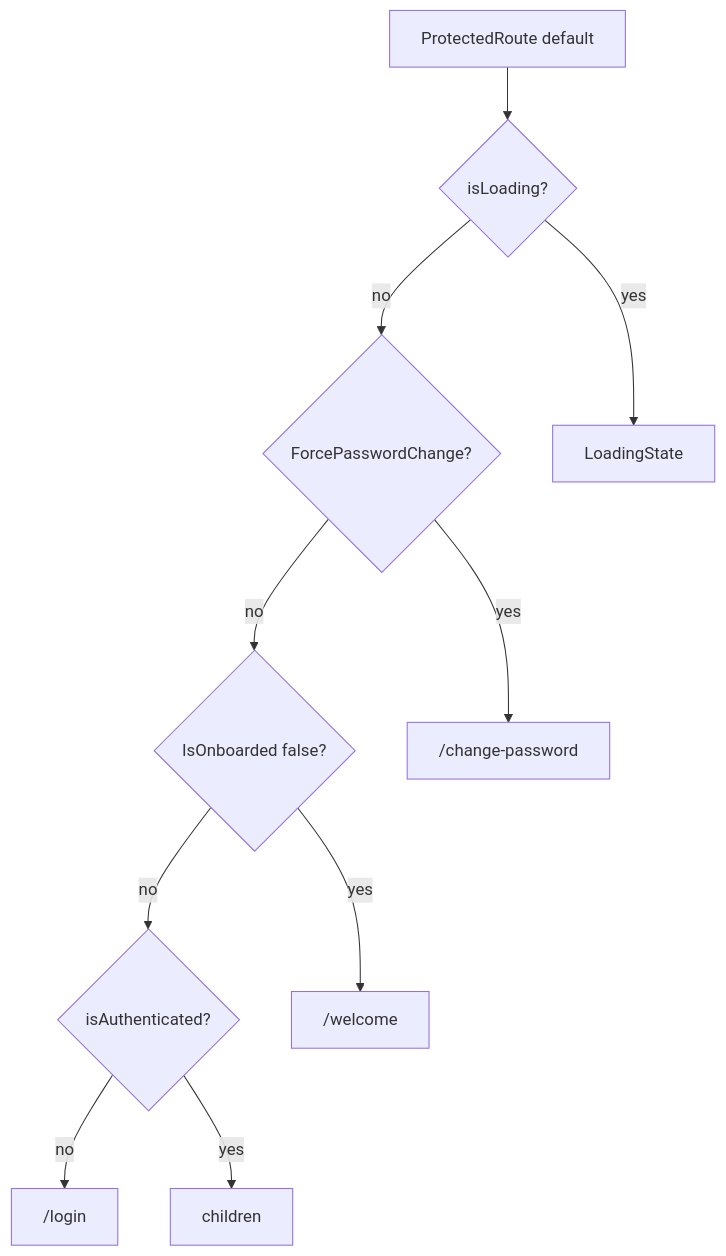
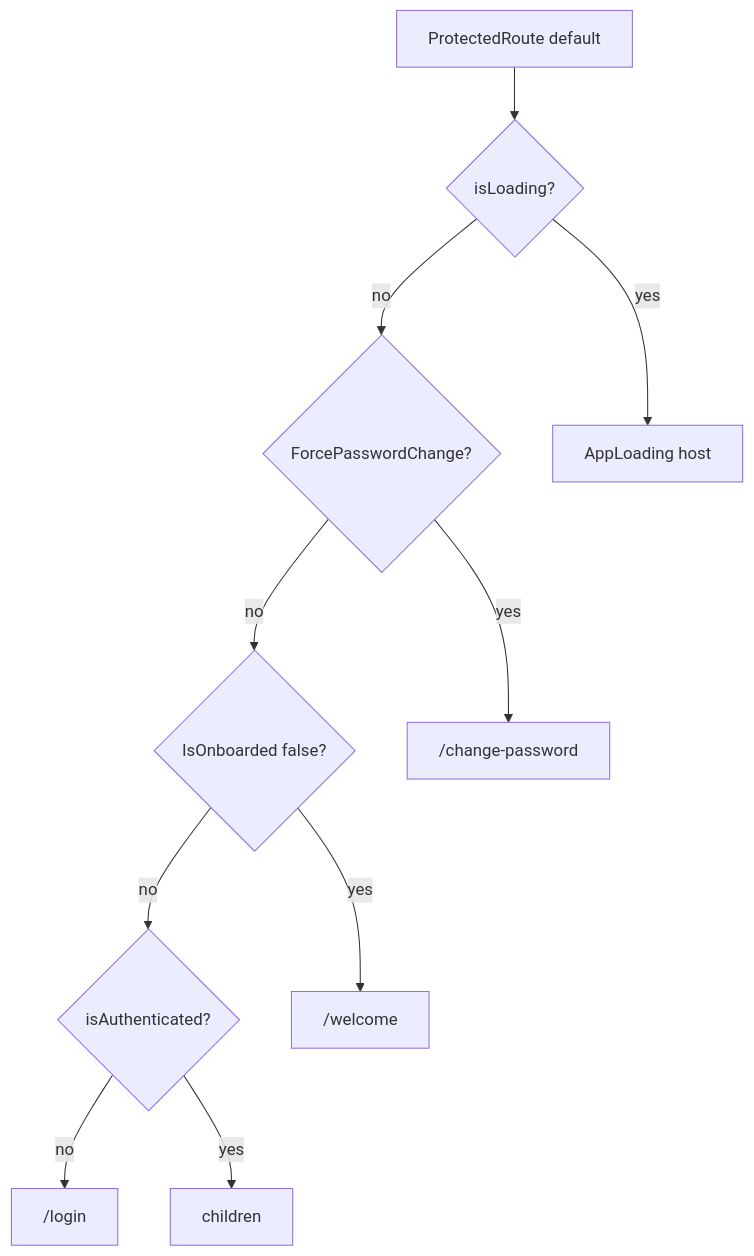
The diagram in src/app/routes/README.md (Tech180/giftistry-react), drawn with Mermaid before and after one commit. The commit also changed other lines of this file and 81 other files, not shown here.

````diff
--- a/src/app/routes/README.md
+++ b/src/app/routes/README.md
@@ -39,23 +41,23 @@
 ```mermaid
 flowchart TD
   start[ProtectedRoute default]
   loading{isLoading?}
   pwd{ForcePasswordChange?}
   onboard{IsOnboarded false?}
   auth{isAuthenticated?}
-  loadUI[LoadingState]
+  loadUI[AppLoading host]
   changePwd["/change-password"]
   welcome["/welcome"]
   login["/login"]
   page[children]
 
   start --> loading
   loading -->|yes| loadUI
   loading -->|no| pwd
   pwd -->|yes| changePwd
   pwd -->|no| onboard
   onboard -->|yes| welcome
   onboard -->|no| auth
   auth -->|no| login
   auth -->|yes| page
 ```
````
